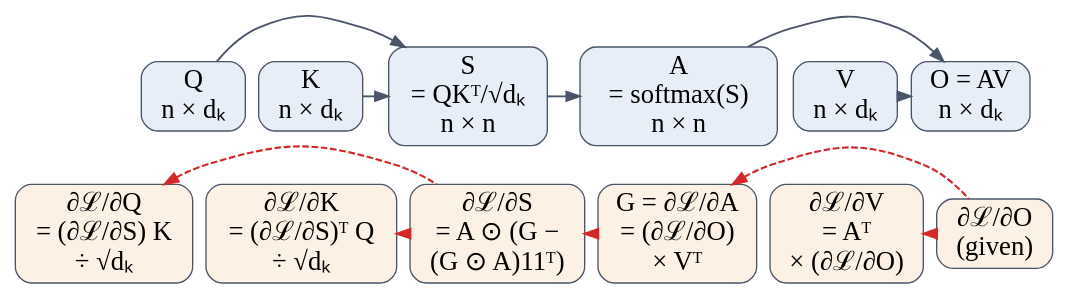
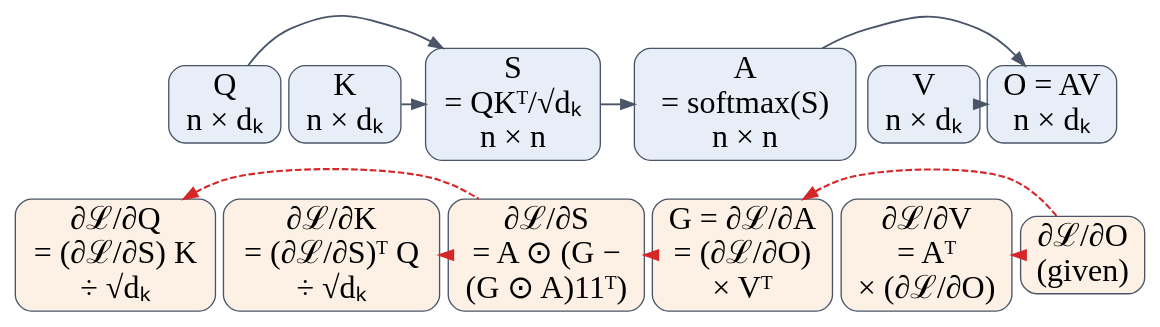
One commit to Beaker12/llmatlas changed the diagram in chapters/02-mathematics/figures/attention-graph.dot. Above: the diagram before and after it, drawn with Graphviz. The commit also changed 17 other files, not shown here.

Commit message:
Chapter 2: per-panel legends and visible Table 3 point, bytes in the memory stack, softmax gap label, larger attention-graph text, pre-LN label placement, optimizer-trajectory legend and caption

```diff
--- a/chapters/02-mathematics/figures/attention-graph.dot
+++ b/chapters/02-mathematics/figures/attention-graph.dot
@@ -1,48 +1,48 @@
 // Scaled dot-product attention as a computation graph. Rendered with rankdir TB.
 // Top row: the forward values with their shapes, left to right. Bottom row: the backward pass as its mirror; each
 // vector-Jacobian product sits directly below the forward quantity it is the gradient of, and its arrows run right
 // to left (written left to right with dir=back so that both rows keep one column order).
 // Labels are short and broken over three lines so that the graph stays narrow and its text legible at page width.
 // Attributes are set per node and per edge because the renderer's theme replaces the defaults.
 digraph attention_graph {
-  graph [fontname="DejaVu Sans", nodesep=0.14, ranksep=0.4, newrank=true];
+  graph [fontname="DejaVu Sans", nodesep=0.08, ranksep=0.4, newrank=true];
 
-  Q  [label="Q\nn × dₖ", fontsize=20, shape=box, style="rounded,filled", color="#4a5568", fillcolor="#e8eef7"];
-  K  [label="K\nn × dₖ", fontsize=20, shape=box, style="rounded,filled", color="#4a5568", fillcolor="#e8eef7"];
-  S  [label="S\n= QKᵀ/√dₖ\nn × n", fontsize=20, shape=box, style="rounded,filled", color="#4a5568", fillcolor="#e8eef7"];
-  A  [label="A\n= softmax(S)\nn × n", fontsize=20, shape=box, style="rounded,filled", color="#4a5568", fillcolor="#e8eef7"];
-  V  [label="V\nn × dₖ", fontsize=20, shape=box, style="rounded,filled", color="#4a5568", fillcolor="#e8eef7"];
-  O  [label="O = AV\nn × dₖ", fontsize=20, shape=box, style="rounded,filled", color="#4a5568", fillcolor="#e8eef7"];
+  Q  [label="Q\nn × dₖ", fontsize=24, margin="0.05,0.04", shape=box, style="rounded,filled", color="#4a5568", fillcolor="#e8eef7"];
+  K  [label="K\nn × dₖ", fontsize=24, margin="0.05,0.04", shape=box, style="rounded,filled", color="#4a5568", fillcolor="#e8eef7"];
+  S  [label="S\n= QKᵀ/√dₖ\nn × n", fontsize=24, margin="0.05,0.04", shape=box, style="rounded,filled", color="#4a5568", fillcolor="#e8eef7"];
+  A  [label="A\n= softmax(S)\nn × n", fontsize=24, margin="0.05,0.04", shape=box, style="rounded,filled", color="#4a5568", fillcolor="#e8eef7"];
+  V  [label="V\nn × dₖ", fontsize=24, margin="0.05,0.04", shape=box, style="rounded,filled", color="#4a5568", fillcolor="#e8eef7"];
+  O  [label="O = AV\nn × dₖ", fontsize=24, margin="0.05,0.04", shape=box, style="rounded,filled", color="#4a5568", fillcolor="#e8eef7"];
 
-  dQ [label="∂ℒ/∂Q\n= (∂ℒ/∂S) K\n÷ √dₖ", fontsize=20, shape=box, style="rounded,filled", color="#4a5568", fillcolor="#fdf1e6"];
-  dK [label="∂ℒ/∂K\n= (∂ℒ/∂S)ᵀ Q\n÷ √dₖ", fontsize=20, shape=box, style="rounded,filled", color="#4a5568", fillcolor="#fdf1e6"];
-  dS [label="∂ℒ/∂S\n= A ⊙ (G −\n(G ⊙ A)11ᵀ)", fontsize=20, shape=box, style="rounded,filled", color="#4a5568", fillcolor="#fdf1e6"];
-  G  [label="G = ∂ℒ/∂A\n= (∂ℒ/∂O)\n× Vᵀ", fontsize=20, shape=box, style="rounded,filled", color="#4a5568", fillcolor="#fdf1e6"];
-  dV [label="∂ℒ/∂V\n= Aᵀ\n× (∂ℒ/∂O)", fontsize=20, shape=box, style="rounded,filled", color="#4a5568", fillcolor="#fdf1e6"];
-  dO [label="∂ℒ/∂O\n(given)", fontsize=20, shape=box, style="rounded,filled", color="#4a5568", fillcolor="#fdf1e6"];
+  dQ [label="∂ℒ/∂Q\n= (∂ℒ/∂S) K\n÷ √dₖ", fontsize=24, margin="0.05,0.04", shape=box, style="rounded,filled", color="#4a5568", fillcolor="#fdf1e6"];
+  dK [label="∂ℒ/∂K\n= (∂ℒ/∂S)ᵀ Q\n÷ √dₖ", fontsize=24, margin="0.05,0.04", shape=box, style="rounded,filled", color="#4a5568", fillcolor="#fdf1e6"];
+  dS [label="∂ℒ/∂S\n= A ⊙ (G −\n(G ⊙ A)11ᵀ)", fontsize=24, margin="0.05,0.04", shape=box, style="rounded,filled", color="#4a5568", fillcolor="#fdf1e6"];
+  G  [label="G = ∂ℒ/∂A\n= (∂ℒ/∂O)\n× Vᵀ", fontsize=24, margin="0.05,0.04", shape=box, style="rounded,filled", color="#4a5568", fillcolor="#fdf1e6"];
+  dV [label="∂ℒ/∂V\n= Aᵀ\n× (∂ℒ/∂O)", fontsize=24, margin="0.05,0.04", shape=box, style="rounded,filled", color="#4a5568", fillcolor="#fdf1e6"];
+  dO [label="∂ℒ/∂O\n(given)", fontsize=24, margin="0.05,0.04", shape=box, style="rounded,filled", color="#4a5568", fillcolor="#fdf1e6"];
 
   { rank=same; Q; K; S; A; V; O; }
   { rank=same; dQ; dK; dS; G; dV; dO; }
 
   // forward
   Q -> K [style=invis];
   K -> S [color="#4a5568", penwidth=1.4];
   Q -> S [color="#4a5568", penwidth=1.4];
   S -> A [color="#4a5568", penwidth=1.4];
   A -> V [style=invis];
   V -> O [color="#4a5568", penwidth=1.4];
   A -> O [color="#4a5568", penwidth=1.4];
 
   // backward, right to left
   dQ -> dK [style=invis];
   dK -> dS [dir=back, style=dashed, color="#d62728", penwidth=1.6];
   dQ -> dS [dir=back, style=dashed, color="#d62728", penwidth=1.6];
   dS -> G  [dir=back, style=dashed, color="#d62728", penwidth=1.6];
   G -> dV  [style=invis];
   dV -> dO [dir=back, style=dashed, color="#d62728", penwidth=1.6];
   G -> dO  [dir=back, style=dashed, color="#d62728", penwidth=1.6];
 
   // columns
   Q -> dQ [style=invis]; K -> dK [style=invis]; S -> dS [style=invis];
   A -> G [style=invis]; V -> dV [style=invis]; O -> dO [style=invis];
 }
```
